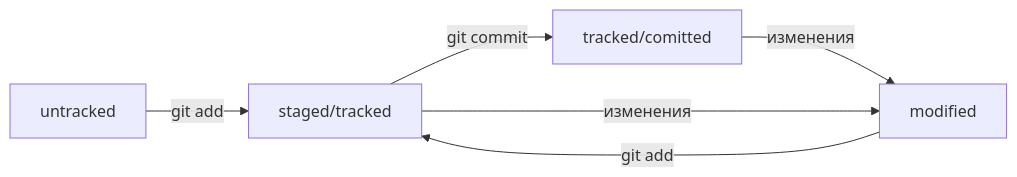
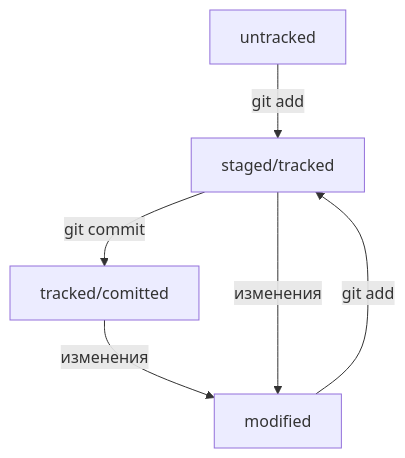
One commit to a1tzen/first-project changed the diagram in README.md. Above: the diagram before and after it, drawn with Mermaid.

Commit message:
Readme.md: Изменить формат диаграммы mermaid

````diff
--- a/README.md
+++ b/README.md
@@ -84,10 +84,10 @@
 ```mermaid
 %% описание схемы
-graph LR;
+graph TD;
   untracked -- "git add" --> staged/tracked;
   staged/tracked -- "git commit" --> tracked/comitted;
   tracked/comitted -- "изменения" --> modified;
   modified -- "git add" --> staged/tracked;
   staged/tracked -- "изменения" --> modified;
 
 ```
````
